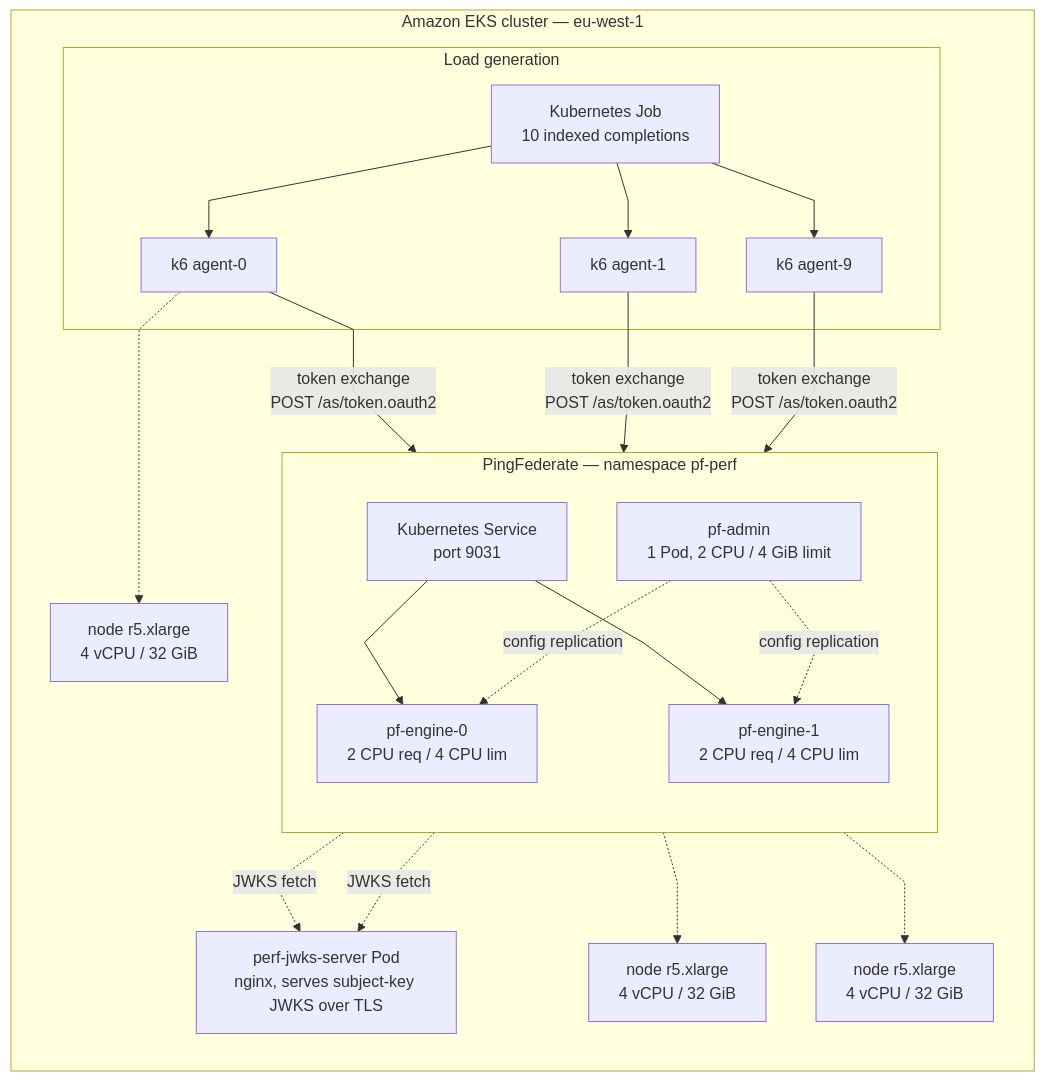
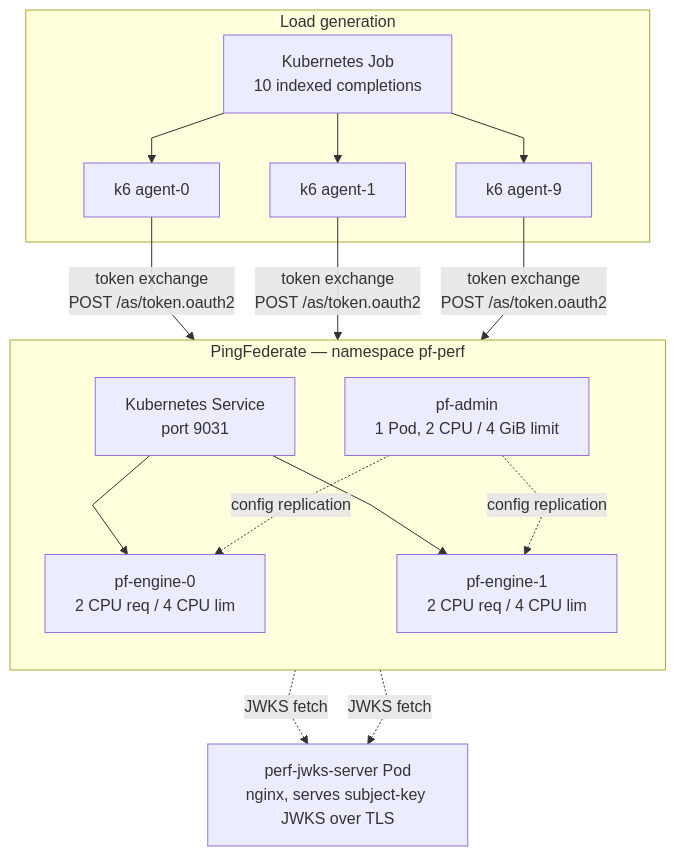
One commit to carbonefederico/blog-content changed the diagram in _posts/2026-09-17-pingfederate-token-exchange-performance-test.md. Above: the diagram before and after it, drawn with Mermaid. The commit also changed other lines of this file and 1 other file, not shown here.

Commit message:
Publish ready articles from blogger-agent

````diff
--- a/_posts/2026-09-17-pingfederate-token-exchange-performance-test.md
+++ b/_posts/2026-09-17-pingfederate-token-exchange-performance-test.md
@@ -32,38 +32,28 @@
 ```mermaid
 %%{init: {'flowchart': {'curve': 'linear'}}}%%
 flowchart TB
-    subgraph CL["Amazon EKS cluster — eu-west-1"]
+    subgraph LB["Load generation"]
+        K1["k6 agent-0"]
+        K2["k6 agent-1"]
+        K9["k6 agent-9"]
+        JB["Kubernetes Job<br/>10 indexed completions"]
+    end
+
+    subgraph PF["PingFederate — namespace pf-perf"]
         direction TB
+        ADM["pf-admin<br/>1 Pod, 2 CPU / 4 GiB limit"]
+        ENG1["pf-engine-0<br/>2 CPU req / 4 CPU lim"]
+        ENG2["pf-engine-1<br/>2 CPU req / 4 CPU lim"]
+        SVC["Kubernetes Service<br/>port 9031"]
+    end
 
-        subgraph LB["Load generation"]
-            K1["k6 agent-0"]
-            K2["k6 agent-1"]
-            K9["k6 agent-9"]
-            JB["Kubernetes Job<br/>10 indexed completions"]
-        end
-
-        subgraph PF["PingFederate — namespace pf-perf"]
-            direction TB
-            ADM["pf-admin<br/>1 Pod, 2 CPU / 4 GiB limit"]
-            ENG1["pf-engine-0<br/>2 CPU req / 4 CPU lim"]
-            ENG2["pf-engine-1<br/>2 CPU req / 4 CPU lim"]
-            SVC["Kubernetes Service<br/>port 9031"]
-        end
-
-        JWKS["perf-jwks-server Pod<br/>nginx, serves subject-key JWKS over TLS"]
-        N1["node r5.xlarge<br/>4 vCPU / 32 GiB"]
-        N2["node r5.xlarge<br/>4 vCPU / 32 GiB"]
-        N3["node r5.xlarge<br/>4 vCPU / 32 GiB"]
-    end
+    JWKS["perf-jwks-server Pod<br/>nginx, serves subject-key JWKS over TLS"]
 
     JB --> K1 & K2 & K9
     K1 & K2 & K9 -->|"token exchange<br/>POST /as/token.oauth2"| SVC
     SVC --> ENG1 & ENG2
     ENG1 -.->|"JWKS fetch"| JWKS
     ENG2 -.->|"JWKS fetch"| JWKS
     ADM -.->|"config replication"| ENG1
     ADM -.->|"config replication"| ENG2
-    ENG1 -.-> N1
-    ENG2 -.-> N2
-    K1 -.-> N3
 ```
````
